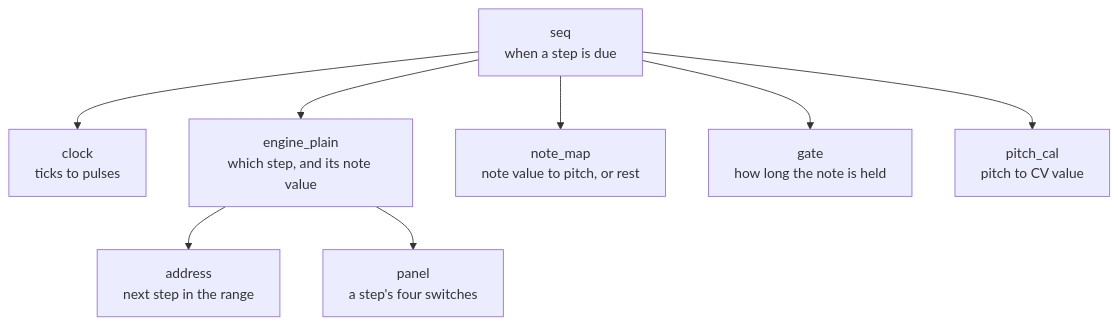
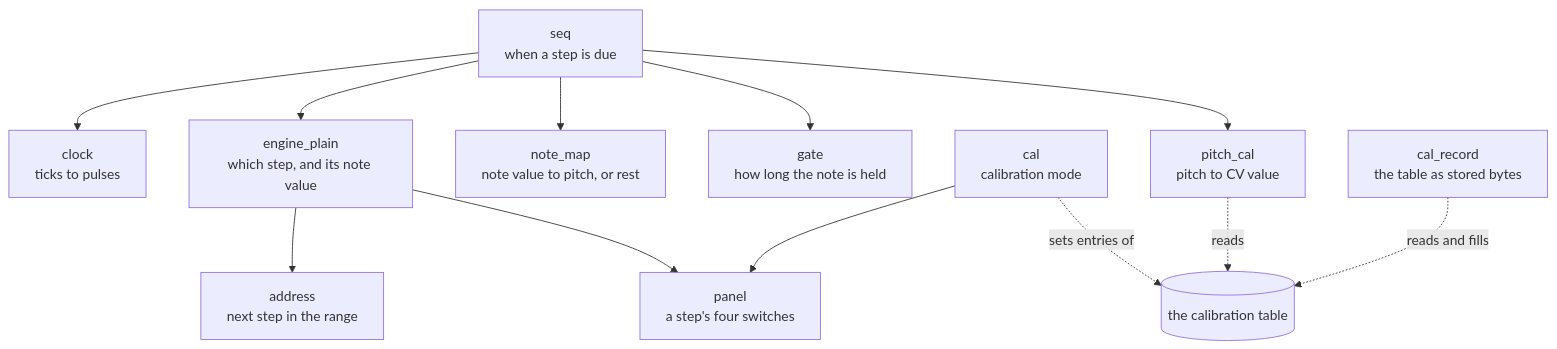
The sixth of 23 diagrams in docs/ARCHITECTURE.md (BonelessPig/nano_sequencer), drawn with Mermaid before and after one commit. The commit also changed other lines of this file and 39 other files, not shown here.

First line of the commit message:
Phase 5: calibration mode and a stored calibration

````diff
--- a/docs/ARCHITECTURE.md
+++ b/docs/ARCHITECTURE.md
@@ -276,10 +304,14 @@
 ```mermaid
 flowchart TD
     seq["seq<br/>when a step is due"] --> clock["clock<br/>ticks to pulses"]
     seq --> engine["engine_plain<br/>which step, and its note value"]
     seq --> note["note_map<br/>note value to pitch, or rest"]
     seq --> gate["gate<br/>how long the note is held"]
     seq --> cal["pitch_cal<br/>pitch to CV value"]
     engine --> address["address<br/>next step in the range"]
     engine --> panel["panel<br/>a step's four switches"]
+    calm["cal<br/>calibration mode"] --> panel
+    calm -.->|"sets entries of"| table[("the calibration table")]
+    cal -.->|"reads"| table
+    rec["cal_record<br/>the table as stored bytes"] -.->|"reads and fills"| table
 ```
````
